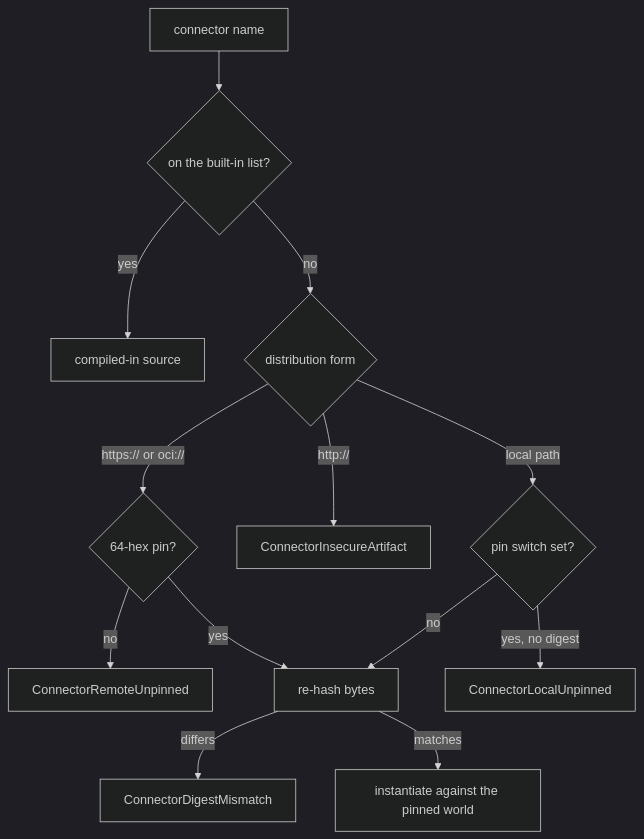
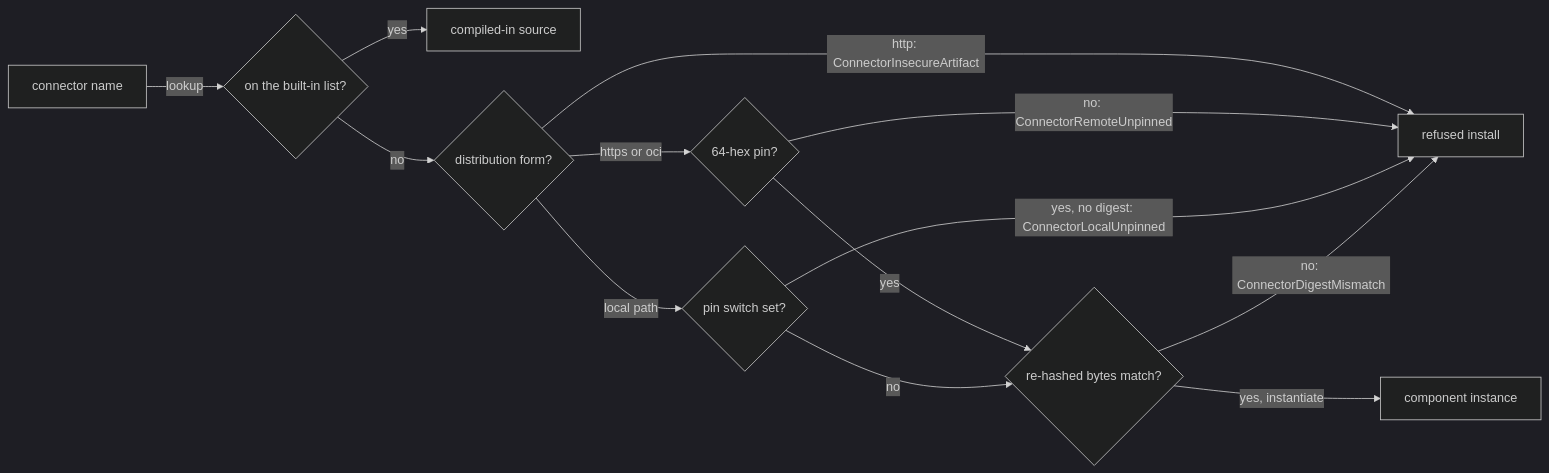
Before and after one commit to fractalboxdev/contextful: the fourth of 5 diagrams in spec/40-connector.md, drawn with Mermaid (dark theme). The commit also changed other lines of this file and 44 other files, not shown here.

First line of the commit message:
spec: diagrams draw entities and flows, and the checker enforces it (#12)

````diff
--- a/spec/40-connector.md
+++ b/spec/40-connector.md
@@ -264,15 +266,15 @@
 ```mermaid
-flowchart TD
-  NAME["connector name"] --> K{"on the built-in list?"}
-  K -->|yes| NATIVE["compiled-in source"]
-  K -->|no| FORM{"distribution form"}
-  FORM -->|"https:// or oci://"| REMOTE{"64-hex pin?"}
-  FORM -->|"http://"| IH["ConnectorInsecureArtifact"]
-  FORM -->|local path| LOCAL{"pin switch set?"}
-  REMOTE -->|no| RU["ConnectorRemoteUnpinned"]
-  REMOTE -->|yes| HASH["re-hash bytes"]
-  LOCAL -->|yes, no digest| LU["ConnectorLocalUnpinned"]
-  LOCAL -->|no| HASH
-  HASH -->|differs| DM["ConnectorDigestMismatch"]
-  HASH -->|matches| INST["instantiate against the pinned world"]
+flowchart LR
+  NAME["connector name"] -->|"lookup"| K{"on the built-in list?"}
+  K -->|"yes"| NATIVE["compiled-in source"]
+  K -->|"no"| FORM{"distribution form?"}
+  FORM -->|"http: ConnectorInsecureArtifact"| REFUSE["refused install"]
+  FORM -->|"https or oci"| REMOTE{"64-hex pin?"}
+  FORM -->|"local path"| LOCAL{"pin switch set?"}
+  REMOTE -->|"no: ConnectorRemoteUnpinned"| REFUSE
+  REMOTE -->|"yes"| HASH{"re-hashed bytes match?"}
+  LOCAL -->|"yes, no digest: ConnectorLocalUnpinned"| REFUSE
+  LOCAL -->|"no"| HASH
+  HASH -->|"no: ConnectorDigestMismatch"| REFUSE
+  HASH -->|"yes, instantiate"| INST["component instance"]
 ```
````
